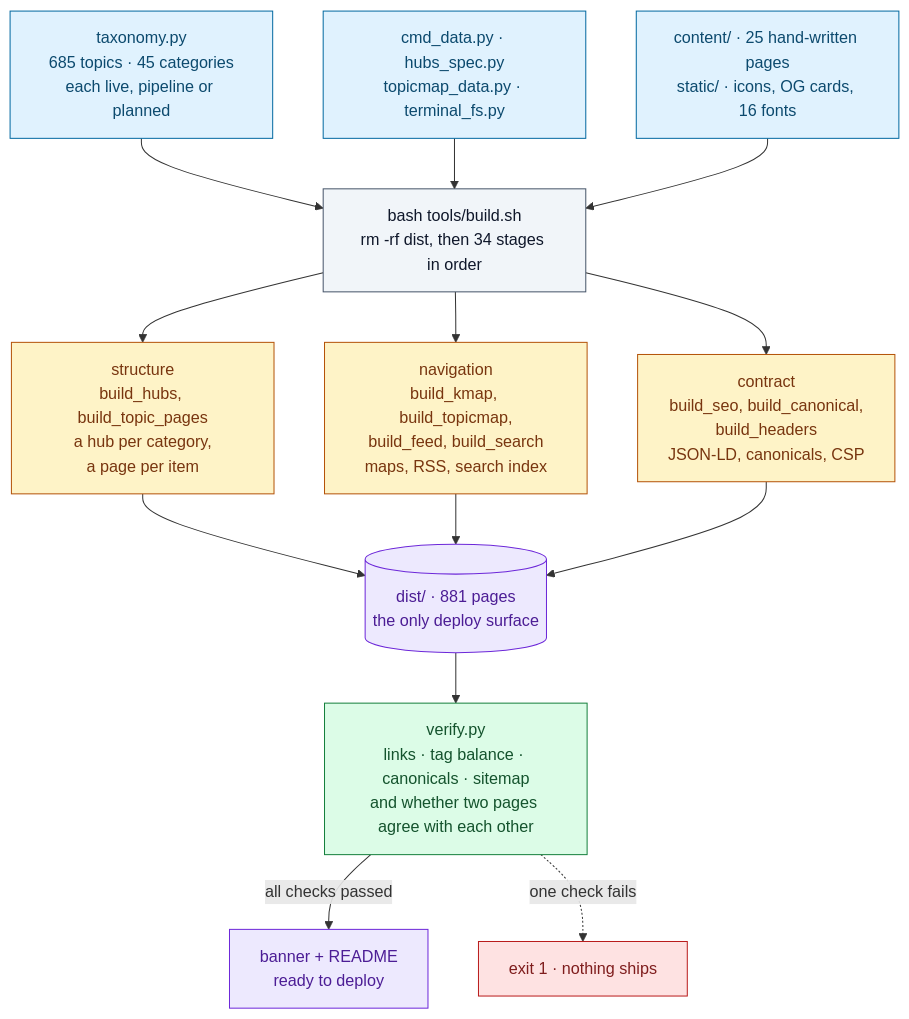
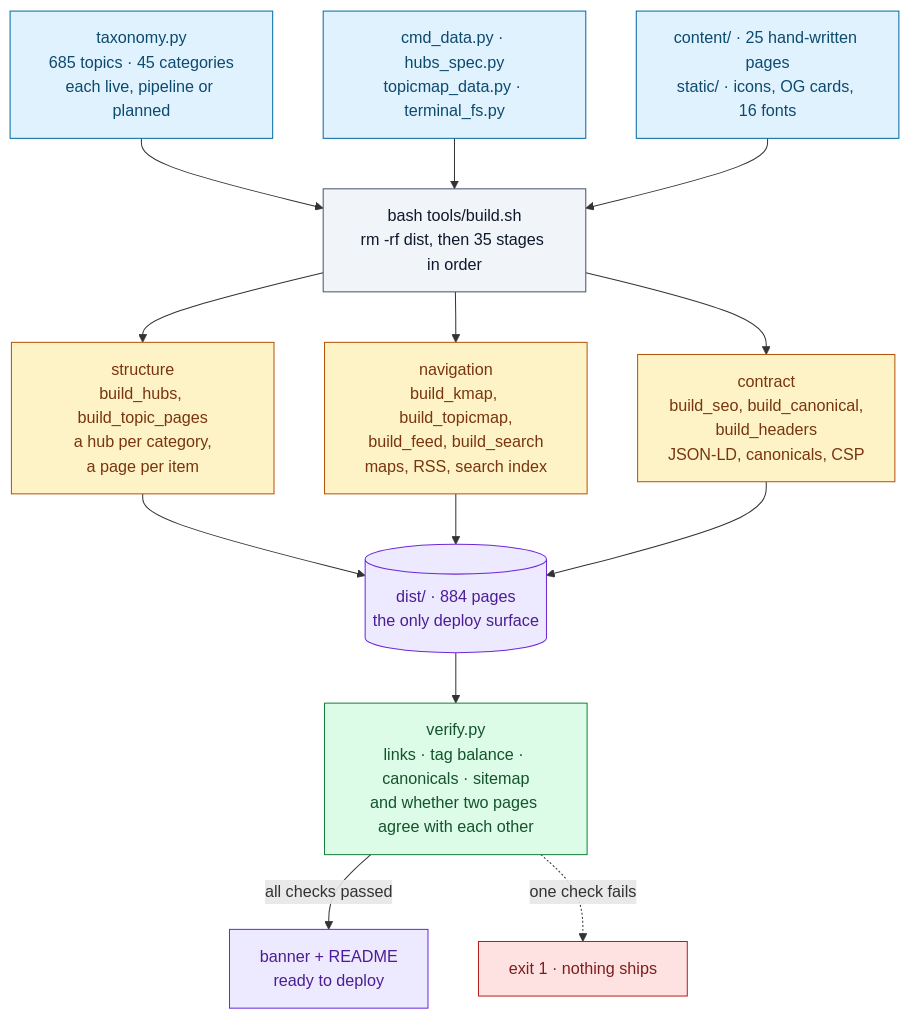
The first of 3 diagrams in README.md (Vishal-Abhinav/Platform-ops-Newsletter), drawn with Mermaid before and after one commit. The commit also changed other lines of this file and 20 other files, not shown here.

````diff
--- a/README.md
+++ b/README.md
@@ -95,43 +95,43 @@
 ```mermaid
 flowchart TB
   TAX["taxonomy.py<br/>685 topics · 45 categories<br/>each live, pipeline or planned"]
   DAT["cmd_data.py · hubs_spec.py<br/>topicmap_data.py · terminal_fs.py"]
   HAND["content/ · 25 hand-written pages<br/>static/ · icons, OG cards, 16 fonts"]
 
-  SH["bash tools/build.sh<br/>rm -rf dist, then 34 stages in order"]
+  SH["bash tools/build.sh<br/>rm -rf dist, then 35 stages in order"]
 
   G1["structure<br/>build_hubs, build_topic_pages<br/>a hub per category,<br/>a page per item"]
   G2["navigation<br/>build_kmap, build_topicmap,<br/>build_feed, build_search<br/>maps, RSS, search index"]
   G3["contract<br/>build_seo, build_canonical,<br/>build_headers<br/>JSON-LD, canonicals, CSP"]
 
-  DIST[("dist/ · 881 pages<br/>the only deploy surface")]
+  DIST[("dist/ · 884 pages<br/>the only deploy surface")]
   VER["verify.py<br/>links · tag balance · canonicals · sitemap<br/>and whether two pages agree with each other"]
   OK["banner + README<br/>ready to deploy"]
   STOP["exit 1 · nothing ships"]
 
   TAX --> SH
   DAT --> SH
   HAND --> SH
   SH --> G1
   SH --> G2
   SH --> G3
   G1 --> DIST
   G2 --> DIST
   G3 --> DIST
   DIST --> VER
   VER -->|all checks passed| OK
   VER -.->|one check fails| STOP
 
   classDef src fill:#e0f2fe,stroke:#0369a1,color:#0c4a6e
   classDef sh fill:#f1f5f9,stroke:#475569,color:#0f172a
   classDef gen fill:#fef3c7,stroke:#b45309,color:#78350f
   classDef gate fill:#dcfce7,stroke:#15803d,color:#14532d
   classDef out fill:#ede9fe,stroke:#6d28d9,color:#4c1d95
   classDef bad fill:#fee2e2,stroke:#b91c1c,color:#7f1d1d
   class TAX,DAT,HAND src
   class SH sh
   class G1,G2,G3 gen
   class VER gate
   class DIST,OK out
   class STOP bad
 ```
````
